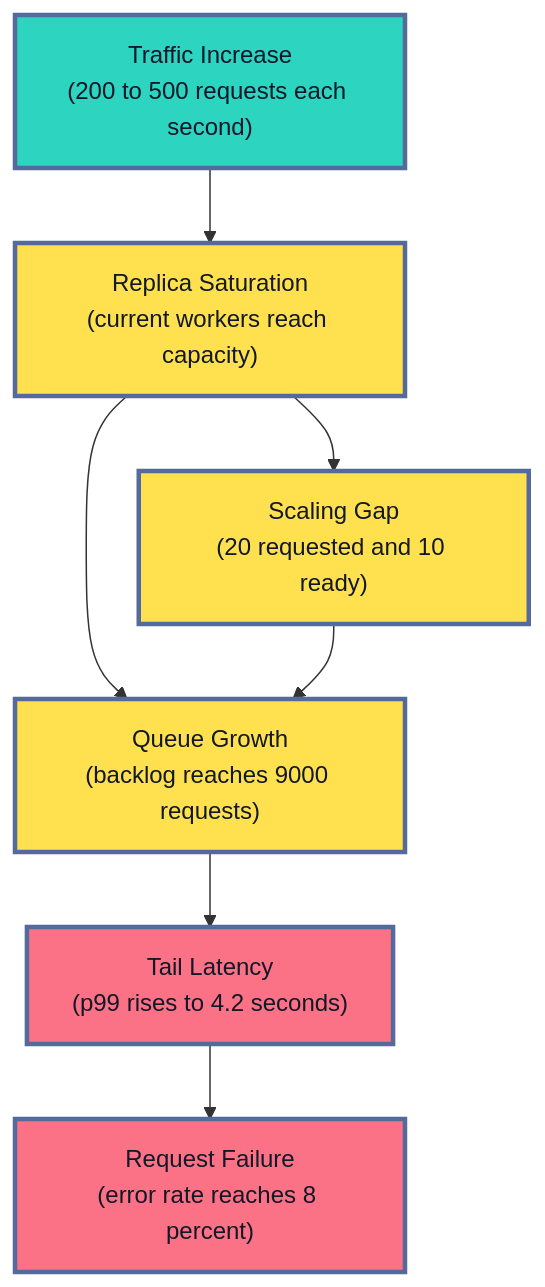
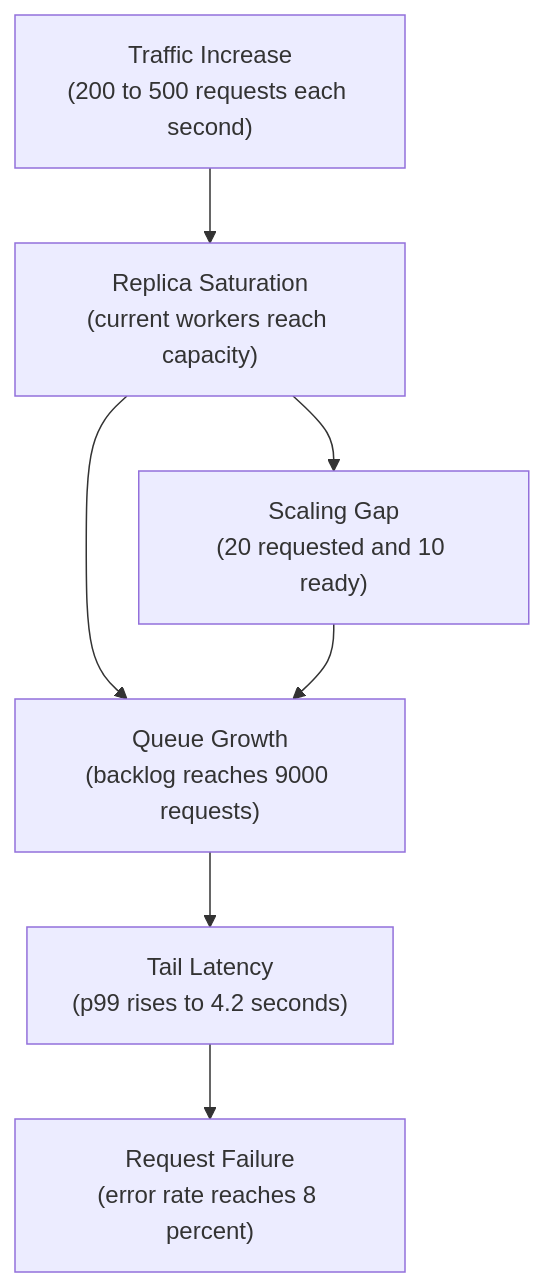
Before and after one commit to senlinyy/dev-roadmaps: diagram 11 of 11 in roadmaps/mlops/modules/monitoring-and-feedback/system-observability/01-monitoring-latency-errors-resources.md, drawn with Mermaid. The commit also changed other lines of this file and 152 other files, not shown here.

Commit message:
feat: mlops and diagrams updated

````diff
--- a/roadmaps/mlops/modules/monitoring-and-feedback/system-observability/01-monitoring-latency-errors-resources.md
+++ b/roadmaps/mlops/modules/monitoring-and-feedback/system-observability/01-monitoring-latency-errors-resources.md
@@ -819,16 +760,13 @@
 ```mermaid
 flowchart TD
     A["Traffic Increase<br/>(200 to 500 requests each second)"] --> B["Replica Saturation<br/>(current workers reach capacity)"]
     B --> C["Queue Growth<br/>(backlog reaches 9000 requests)"]
     C --> D["Tail Latency<br/>(p99 rises to 4.2 seconds)"]
     D --> E["Request Failure<br/>(error rate reaches 8 percent)"]
     B --> F["Scaling Gap<br/>(20 requested and 10 ready)"]
     F --> C
 
-    classDef demand fill:#2DD4BF,stroke:#536A9A,stroke-width:3px,color:#0F172A
-    classDef warning fill:#FFE04F,stroke:#536A9A,stroke-width:3px,color:#111827
-    classDef impact fill:#FB7185,stroke:#536A9A,stroke-width:3px,color:#111827
     class A demand
     class B,C,F warning
     class D,E impact
 ```
````
